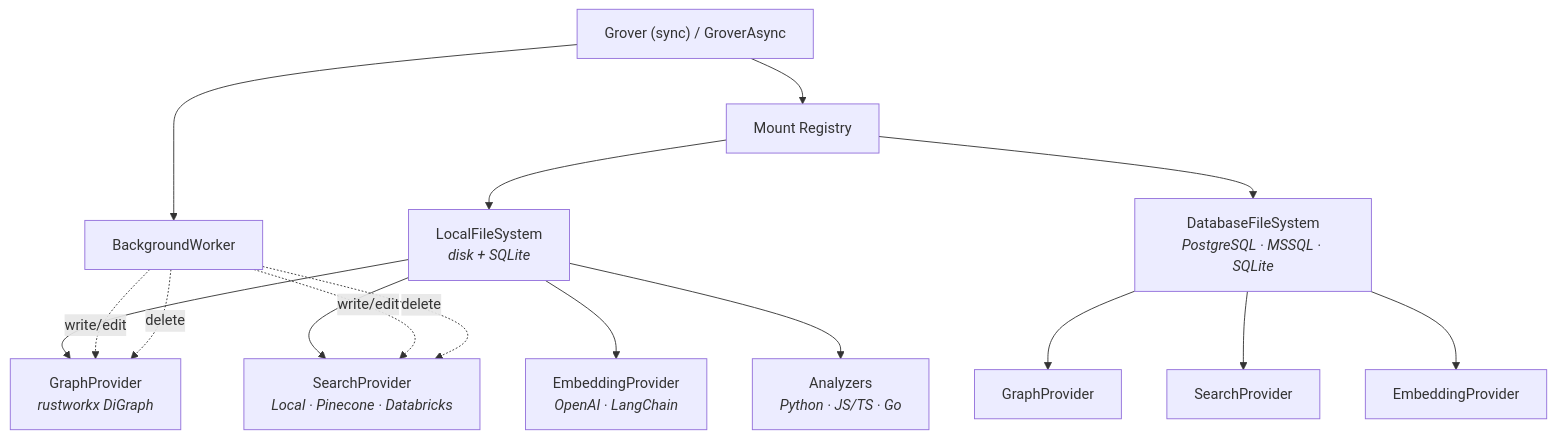
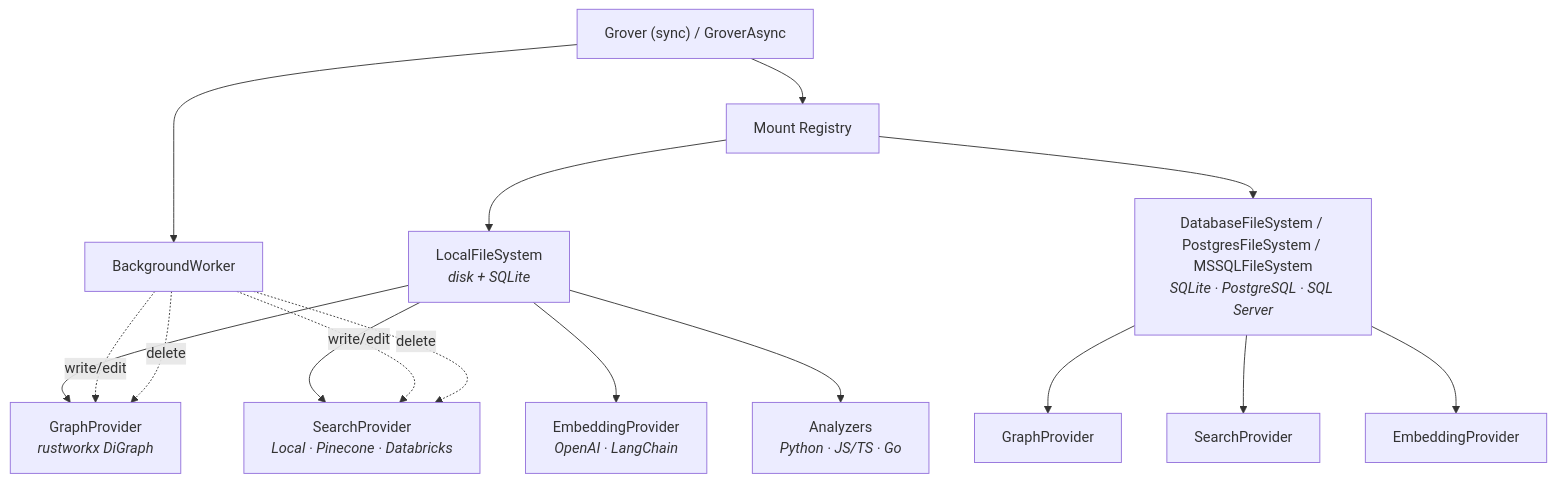
The diagram in docs/index.md (ClayGendron/vfs), drawn with Mermaid before and after one commit. The commit also changed other lines of this file and 33 other files, not shown here.

First line of the commit message:
Implement PostgresFileSystem story 003

````diff
--- a/docs/index.md
+++ b/docs/index.md
@@ -105,23 +105,23 @@
 ```mermaid
 graph TD
     A["Grover (sync) / GroverAsync"]
     A --> B["Mount Registry"]
     A --> E["BackgroundWorker"]
 
     B --> F["LocalFileSystem<br/><i>disk + SQLite</i>"]
-    B --> G["DatabaseFileSystem<br/><i>PostgreSQL · MSSQL · SQLite</i>"]
+    B --> G["DatabaseFileSystem / PostgresFileSystem / MSSQLFileSystem<br/><i>SQLite · PostgreSQL · SQL Server</i>"]
 
     F --> H["GraphProvider<br/><i>rustworkx DiGraph</i>"]
     F --> J["SearchProvider<br/><i>Local · Pinecone · Databricks</i>"]
     F --> K["EmbeddingProvider<br/><i>OpenAI · LangChain</i>"]
     F --> I["Analyzers<br/><i>Python · JS/TS · Go</i>"]
 
     G --> H2["GraphProvider"]
     G --> J2["SearchProvider"]
     G --> K2["EmbeddingProvider"]
 
     E -.->|write/edit| H
     E -.->|write/edit| J
     E -.->|delete| H
     E -.->|delete| J
 ```
````
